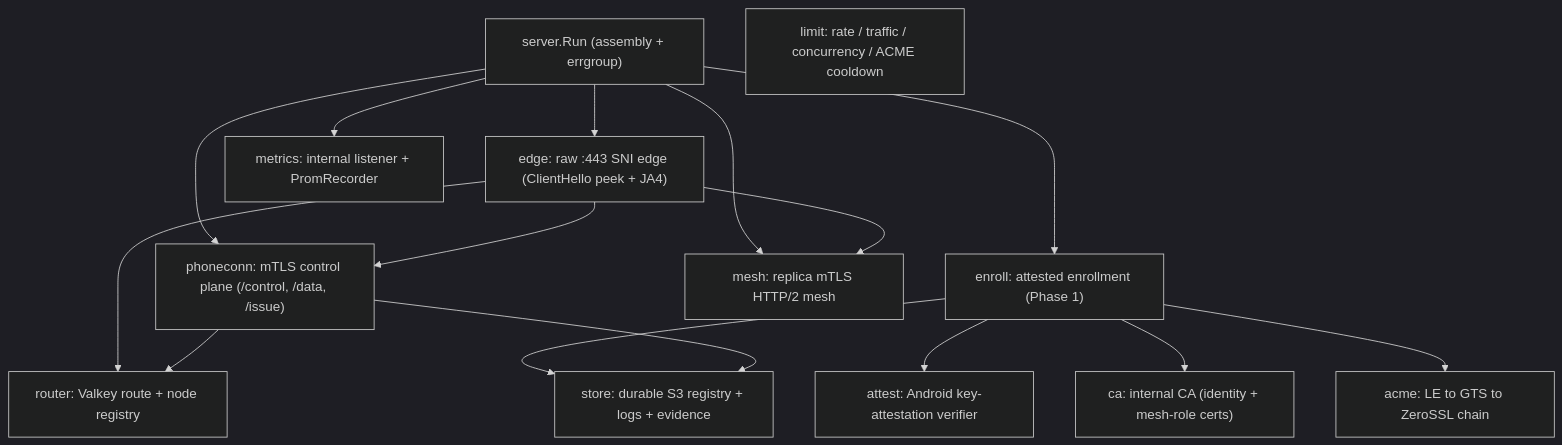
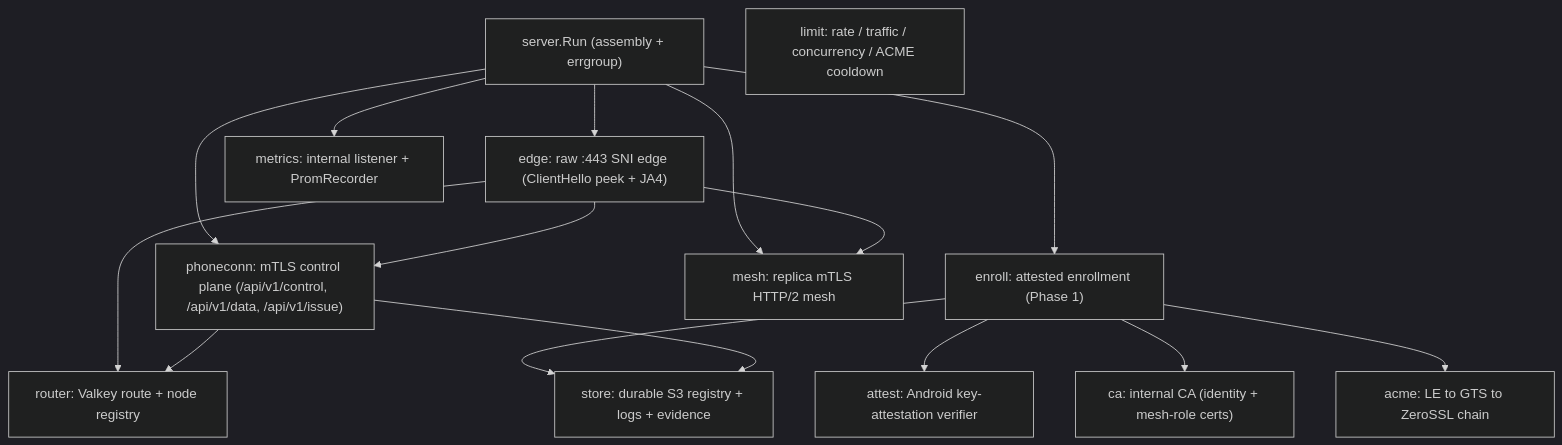
Before and after one commit to danielealbano/android-remote-control-mcp-tunneld: the first of 3 diagrams in docs/ARCHITECTURE.md, drawn with Mermaid (dark theme). The commit also changed other lines of this file and 4 other files, not shown here.

````diff
--- a/docs/ARCHITECTURE.md
+++ b/docs/ARCHITECTURE.md
@@ -15,30 +15,30 @@
 ```mermaid
 flowchart TD
   run["server.Run (assembly + errgroup)"]
   edge["edge: raw :443 SNI edge (ClientHello peek + JA4)"]
   enroll["enroll: attested enrollment (Phase 1)"]
-  phone["phoneconn: mTLS control plane (/control, /data, /issue)"]
+  phone["phoneconn: mTLS control plane (/api/v1/control, /api/v1/data, /api/v1/issue)"]
   mesh["mesh: replica mTLS HTTP/2 mesh"]
   acme["acme: LE to GTS to ZeroSSL chain"]
   attest["attest: Android key-attestation verifier"]
   ca["ca: internal CA (identity + mesh-role certs)"]
   router["router: Valkey route + node registry"]
   limit["limit: rate / traffic / concurrency / ACME cooldown"]
   store["store: durable S3 registry + logs + evidence"]
   metrics["metrics: internal listener + PromRecorder"]
 
   run --> edge
   run --> enroll
   run --> phone
   run --> mesh
   run --> metrics
   edge --> router
   edge --> phone
   edge --> mesh
   enroll --> attest
   enroll --> ca
   enroll --> acme
   enroll --> store
   phone --> router
   phone --> store
 ```
````
